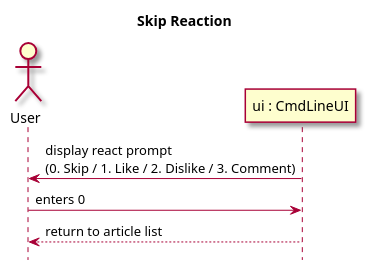
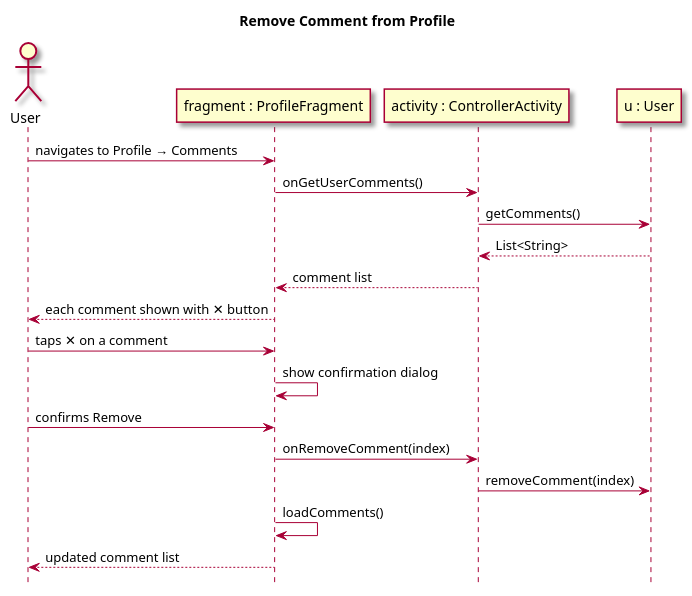
Before and after one commit to owhitleym-ui/EcoScoop: the fifth of 5 diagrams in intellij/doc/use-cases/react-article.md, drawn with PlantUML. The commit also changed other lines of this file and 12 other files, not shown here.

Commit message:
Updated documentation, class diagram, use cases, and readme

````diff
--- a/intellij/doc/use-cases/react-article.md
+++ b/intellij/doc/use-cases/react-article.md
@@ -150,15 +141,28 @@
 ```plantuml
 @startuml
 skin rose
 hide footbox
-title Skip Reaction
+title Remove Comment from Profile
 
 actor User as user
-participant "ui : CmdLineUI" as UI
+participant "fragment : ProfileFragment" as UI
+participant "activity : ControllerActivity" as controller
+participant "u : User" as userModel
 
-UI -> user : display react prompt\n(0. Skip / 1. Like / 2. Dislike / 3. Comment)
-user -> UI : enters 0
-UI --> user : return to article list
+user -> UI : navigates to Profile → Comments
+UI -> controller : onGetUserComments()
+controller -> userModel : getComments()
+userModel --> controller : List<String>
+controller --> UI : comment list
+UI --> user : each comment shown with ✕ button
+
+user -> UI : taps ✕ on a comment
+UI -> UI : show confirmation dialog
+user -> UI : confirms Remove
+UI -> controller : onRemoveComment(index)
+controller -> userModel : removeComment(index)
+UI -> UI : loadComments()
+UI --> user : updated comment list
 
 @enduml
 ```
````
